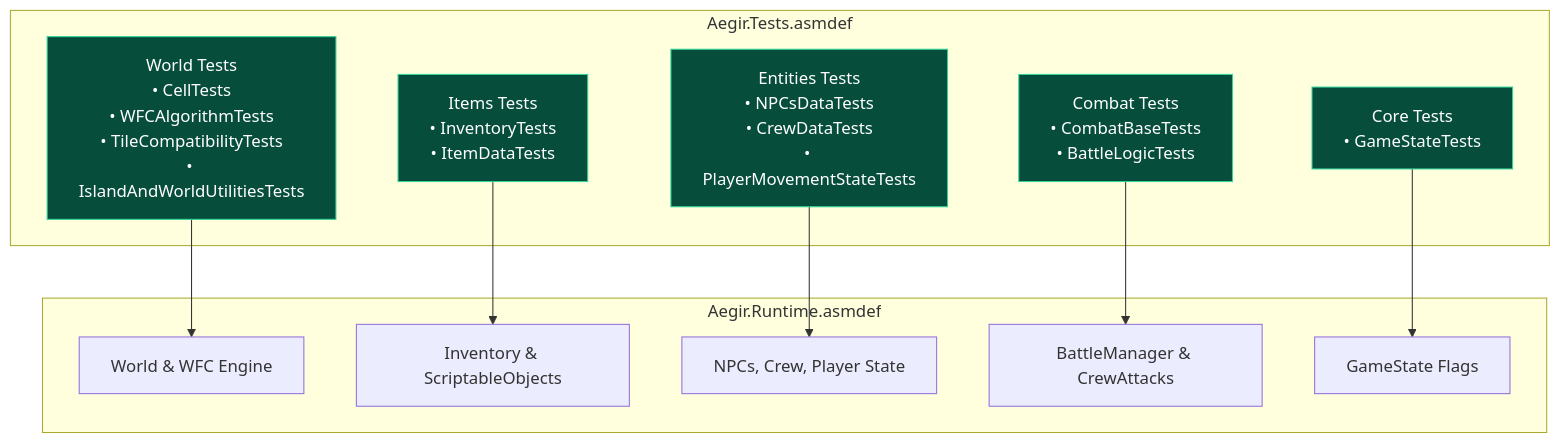
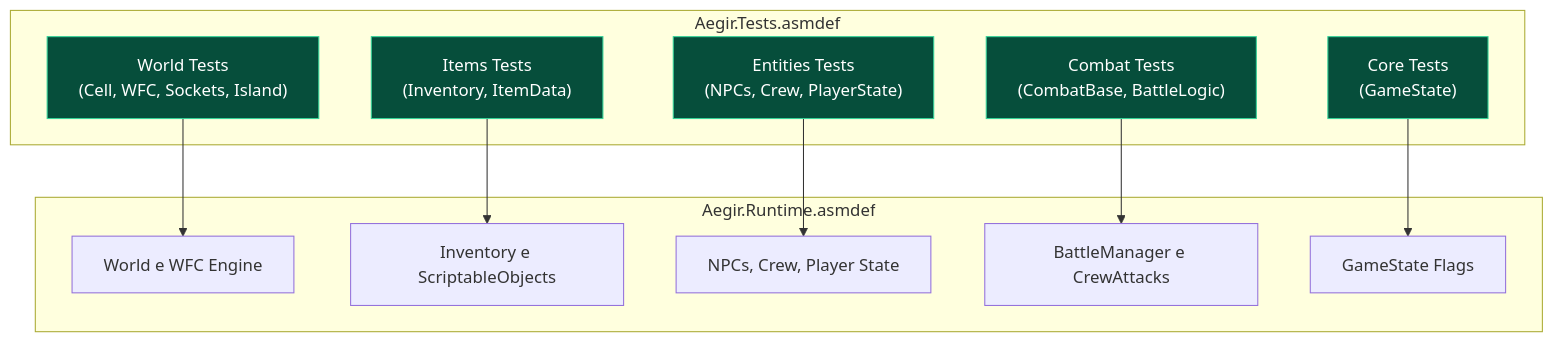
One commit to wasd-ufs/Aegir changed the eighth of 8 diagrams in Assets/Project/Scripts/ARCHITECTURE.md. Above: the diagram before and after it, drawn with Mermaid. The commit also changed other lines of this file, not shown here.

Commit message:
docs(architecture): corrigir sintaxe dos diagramas Mermaid para compatibilidade com GitHub

````diff
--- a/Assets/Project/Scripts/ARCHITECTURE.md
+++ b/Assets/Project/Scripts/ARCHITECTURE.md
@@ -316,30 +317,30 @@
 ```mermaid
 graph TD
-    subgraph Aegir.Tests.asmdef
-        T_World["World Tests<br/>• CellTests<br/>• WFCAlgorithmTests<br/>• TileCompatibilityTests<br/>• IslandAndWorldUtilitiesTests"]
-        T_Items["Items Tests<br/>• InventoryTests<br/>• ItemDataTests"]
-        T_Entities["Entities Tests<br/>• NPCsDataTests<br/>• CrewDataTests<br/>• PlayerMovementStateTests"]
-        T_Combat["Combat Tests<br/>• CombatBaseTests<br/>• BattleLogicTests"]
-        T_Core["Core Tests<br/>• GameStateTests"]
+    subgraph Subgraph_Tests ["Aegir.Tests.asmdef"]
+        T_World["World Tests<br/>(Cell, WFC, Sockets, Island)"]
+        T_Items["Items Tests<br/>(Inventory, ItemData)"]
+        T_Entities["Entities Tests<br/>(NPCs, Crew, PlayerState)"]
+        T_Combat["Combat Tests<br/>(CombatBase, BattleLogic)"]
+        T_Core["Core Tests<br/>(GameState)"]
     end
 
-    subgraph Aegir.Runtime.asmdef
-        R_World["World & WFC Engine"]
-        R_Items["Inventory & ScriptableObjects"]
+    subgraph Subgraph_Runtime ["Aegir.Runtime.asmdef"]
+        R_World["World e WFC Engine"]
+        R_Items["Inventory e ScriptableObjects"]
         R_Entities["NPCs, Crew, Player State"]
-        R_Combat["BattleManager & CrewAttacks"]
+        R_Combat["BattleManager e CrewAttacks"]
         R_Core["GameState Flags"]
     end
 
     T_World --> R_World
     T_Items --> R_Items
     T_Entities --> R_Entities
     T_Combat --> R_Combat
     T_Core --> R_Core
 
     style T_World fill:#064e3b,stroke:#34d399,stroke-width:1px,color:#fff
     style T_Items fill:#064e3b,stroke:#34d399,stroke-width:1px,color:#fff
     style T_Entities fill:#064e3b,stroke:#34d399,stroke-width:1px,color:#fff
     style T_Combat fill:#064e3b,stroke:#34d399,stroke-width:1px,color:#fff
     style T_Core fill:#064e3b,stroke:#34d399,stroke-width:1px,color:#fff
 ```
````
